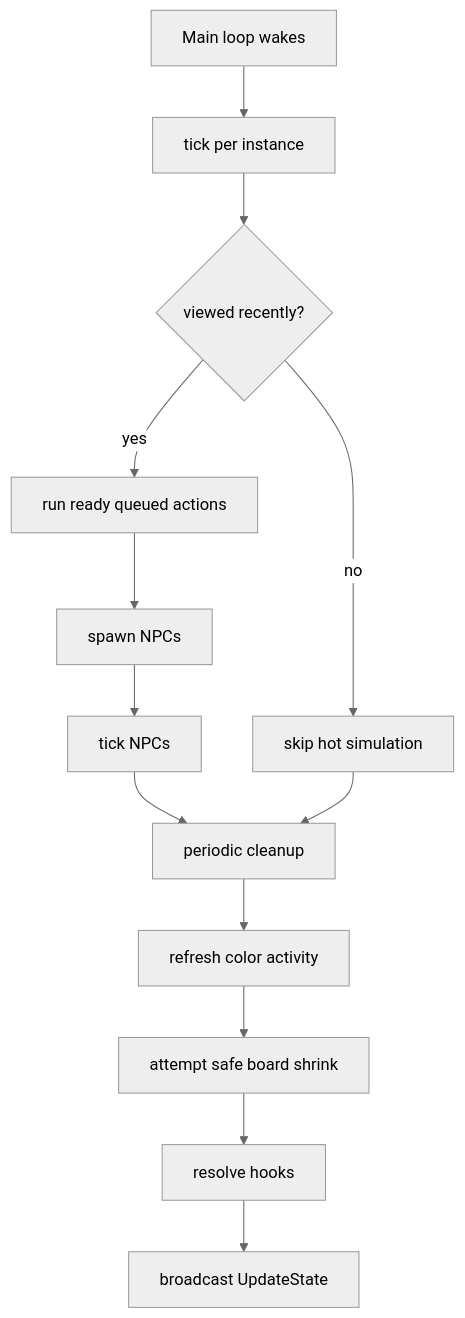
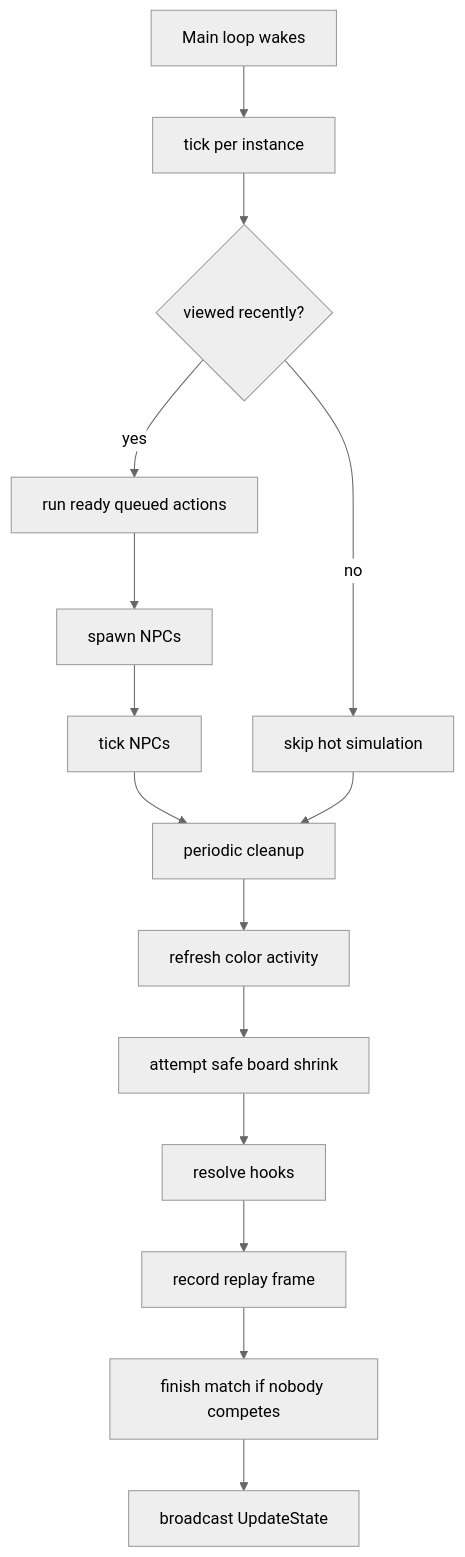
The diagram in docs/logic/game_loop.md (libreslop/ffchess), drawn with Mermaid (neutral theme) before and after one commit. The commit also changed other lines of this file and 63 other files, not shown here.

````diff
--- a/docs/logic/game_loop.md
+++ b/docs/logic/game_loop.md
@@ -82,15 +86,17 @@
 ```mermaid
 flowchart TD
     A[Main loop wakes] --> B[tick per instance]
     B --> D{viewed recently?}
     D -- yes --> E[run ready queued actions]
     E --> F[spawn NPCs]
     F --> G[tick NPCs]
     D -- no --> H[skip hot simulation]
     G --> I[periodic cleanup]
     H --> I
     I --> J[refresh color activity]
     J --> K[attempt safe board shrink]
     K --> L[resolve hooks]
-    L --> M[broadcast UpdateState]
+    L --> R[record replay frame]
+    R --> S[finish match if nobody competes]
+    S --> M[broadcast UpdateState]
 ```
````
